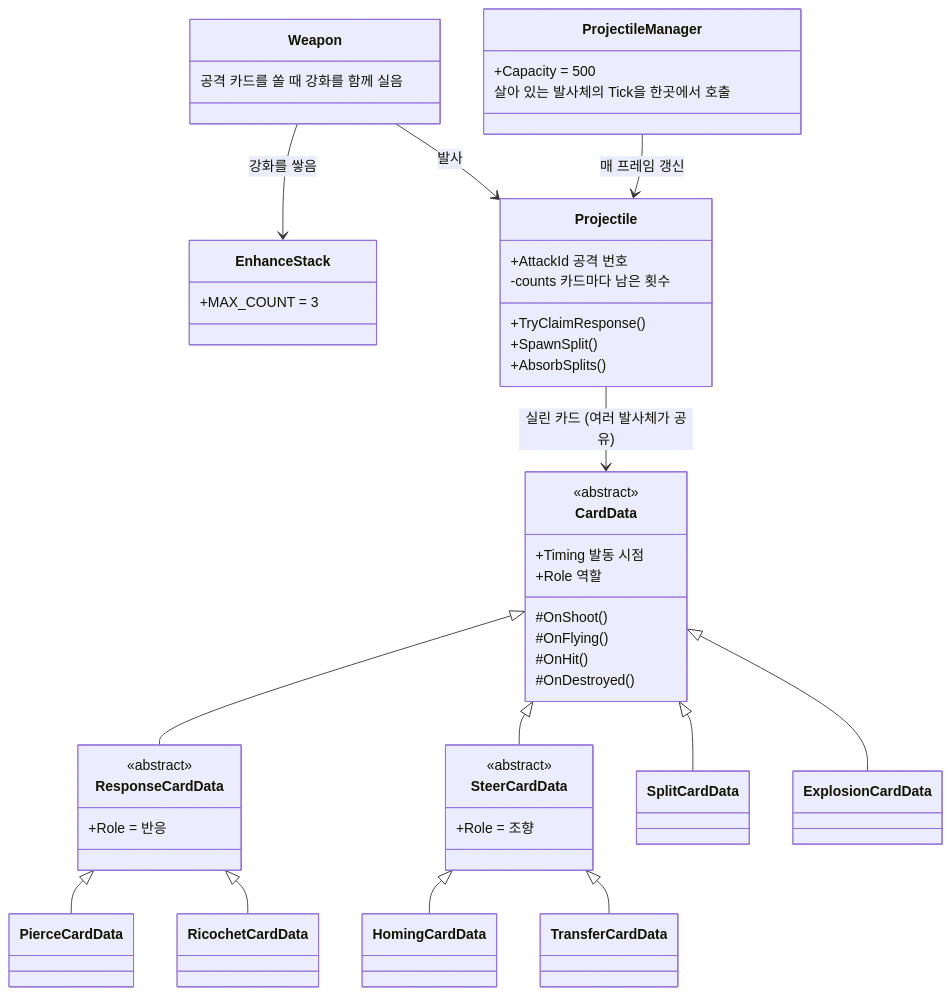
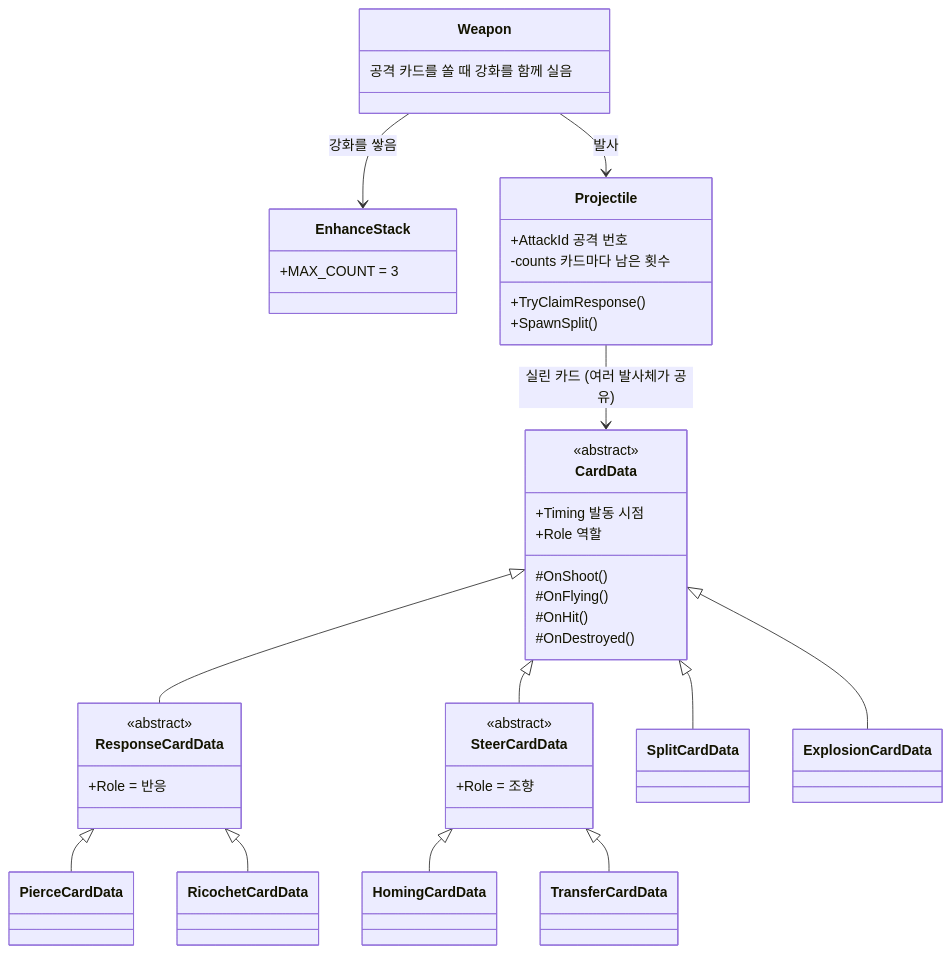
The second of 13 diagrams in src/03-MagiCard/프로젝트문서.md (SaGiKun4/portfolio-SaGiKun4), drawn with Mermaid before and after one commit. The commit also changed other lines of this file and 89 other files, not shown here.

````diff
--- a/src/03-MagiCard/프로젝트문서.md
+++ b/src/03-MagiCard/프로젝트문서.md
@@ -130,50 +105,44 @@
 ```mermaid
 classDiagram
     direction TB
     class Weapon {
         공격 카드를 쏠 때 강화를 함께 실음
     }
     class EnhanceStack {
         +MAX_COUNT = 3
     }
-    class ProjectileManager {
-        +Capacity = 500
-        살아 있는 발사체의 Tick을 한곳에서 호출
-    }
     class Projectile {
         +AttackId 공격 번호
         -counts 카드마다 남은 횟수
         +TryClaimResponse()
         +SpawnSplit()
-        +AbsorbSplits()
     }
     class CardData {
         <<abstract>>
         +Timing 발동 시점
         +Role 역할
         #OnShoot()
         #OnFlying()
         #OnHit()
         #OnDestroyed()
     }
     class ResponseCardData {
         <<abstract>>
         +Role = 반응
     }
     class SteerCardData {
         <<abstract>>
         +Role = 조향
     }
     Weapon --> EnhanceStack : 강화를 쌓음
     Weapon --> Projectile : 발사
-    ProjectileManager --> Projectile : 매 프레임 갱신
     Projectile --> CardData : 실린 카드 (여러 발사체가 공유)
     CardData <|-- ResponseCardData
     CardData <|-- SteerCardData
     CardData <|-- SplitCardData
     CardData <|-- ExplosionCardData
     ResponseCardData <|-- PierceCardData
     ResponseCardData <|-- RicochetCardData
     SteerCardData <|-- HomingCardData
     SteerCardData <|-- TransferCardData
 ```
````
